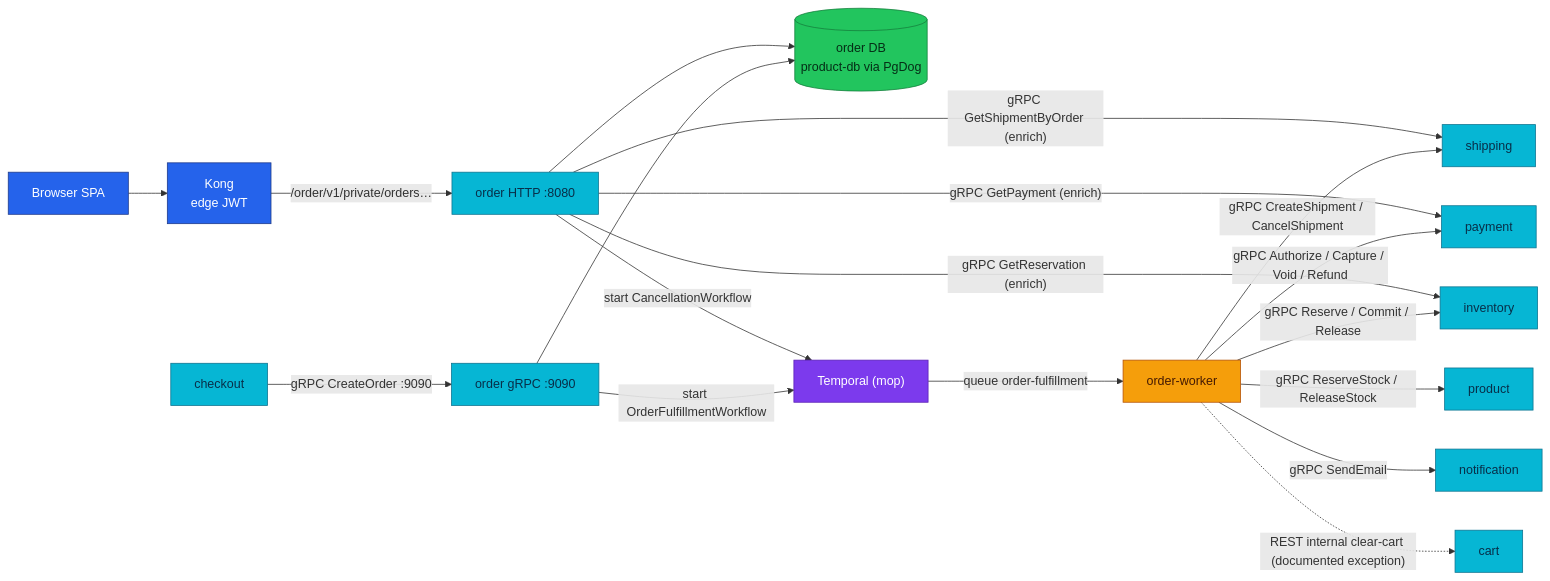
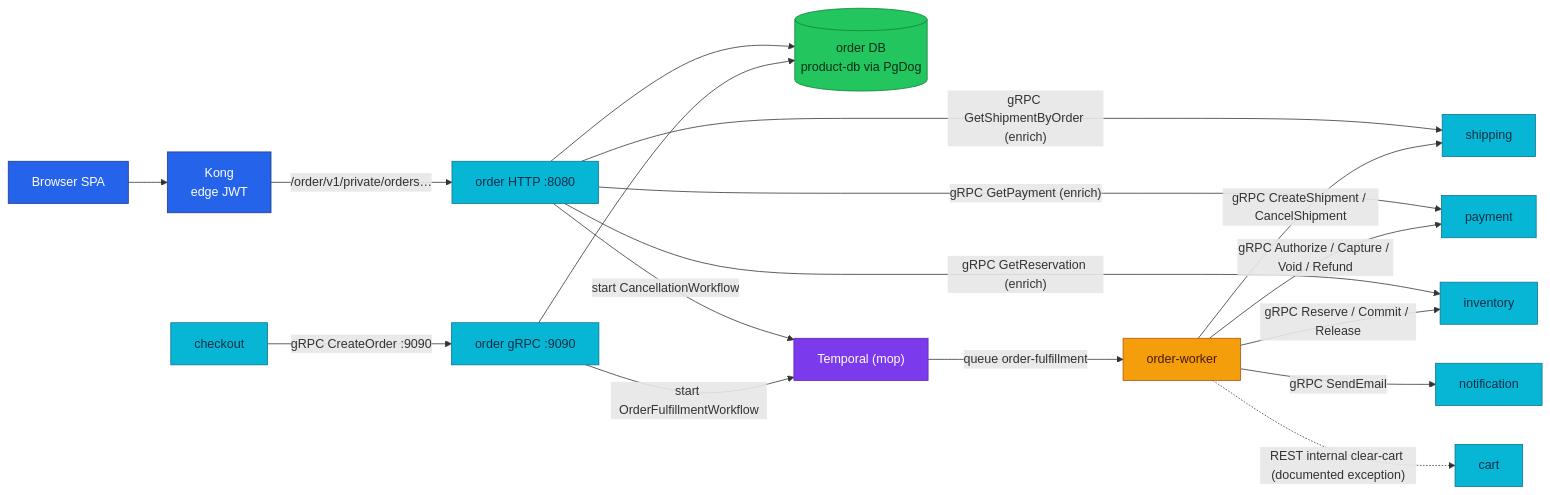
Before and after one commit to duynhlab/homelab: the first of 2 diagrams in docs/api/order.md, drawn with Mermaid. The commit also changed other lines of this file and 5 other files, not shown here.

````diff
--- a/docs/api/order.md
+++ b/docs/api/order.md
@@ -65,31 +65,30 @@
 ```mermaid
 flowchart LR
     SPA["Browser SPA"] --> Kong["Kong<br/>edge JWT"]
     Kong -->|"/order/v1/private/orders…"| Order["order HTTP :8080"]
     CK["checkout"] -->|"gRPC CreateOrder :9090"| OrderG["order gRPC :9090"]
     Order --> DB[("order DB<br/>product-db via PgDog")]
     OrderG --> DB
     Order -->|"gRPC GetShipmentByOrder (enrich)"| SHIP[shipping]
     Order -->|"gRPC GetPayment (enrich)"| PAY[payment]
     Order -->|"gRPC GetReservation (enrich)"| INV
     Order -->|"start CancellationWorkflow"| TMP["Temporal (mop)"]
     OrderG -->|"start OrderFulfillmentWorkflow"| TMP
     TMP -->|"queue order-fulfillment"| W["order-worker"]
-    W -->|"gRPC ReserveStock / ReleaseStock"| PROD[product]
     W -->|"gRPC Reserve / Commit / Release"| INV[inventory]
     W -->|"gRPC CreateShipment / CancelShipment"| SHIP
     W -->|"gRPC Authorize / Capture / Void / Refund"| PAY
     W -->|"gRPC SendEmail"| NOTIF[notification]
     W -.->|"REST internal clear-cart (documented exception)"| CART[cart]
 
     classDef edge fill:#2563eb,color:#fff,stroke:#1e3a8a;
     classDef service fill:#06b6d4,color:#082f49,stroke:#0e7490;
     classDef worker fill:#f59e0b,color:#451a03,stroke:#b45309;
     classDef platform fill:#7c3aed,color:#fff,stroke:#5b21b6;
     classDef data fill:#22c55e,color:#052e16,stroke:#15803d;
     class SPA,Kong edge;
-    class Order,OrderG,CK,PROD,INV,SHIP,PAY,NOTIF,CART service;
+    class Order,OrderG,CK,INV,SHIP,PAY,NOTIF,CART service;
     class W worker;
     class TMP platform;
     class DB data;
 ```
````
